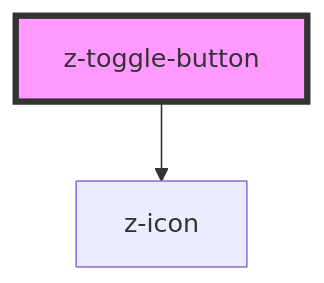
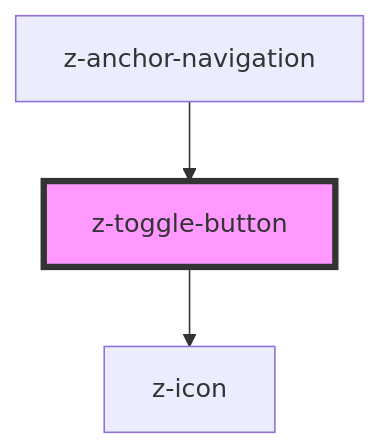
Before and after one commit to ZanichelliEditore/design-system: the diagram in src/components/buttons/z-toggle-button/readme.md, drawn with Mermaid. The commit also changed other lines of this file and 3 other files, not shown here.

````diff
--- a/src/components/buttons/z-toggle-button/readme.md
+++ b/src/components/buttons/z-toggle-button/readme.md
@@ -50,5 +54,6 @@
 ```mermaid
 graph TD;
   z-toggle-button --> z-icon
+  z-anchor-navigation --> z-toggle-button
   style z-toggle-button fill:#f9f,stroke:#333,stroke-width:4px
 ```
````
